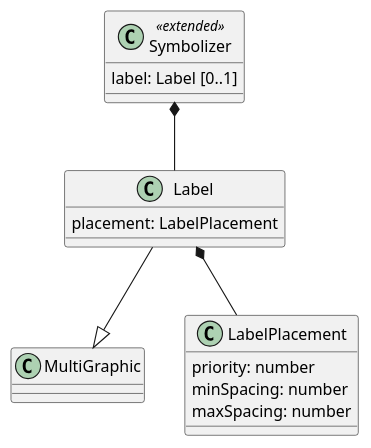
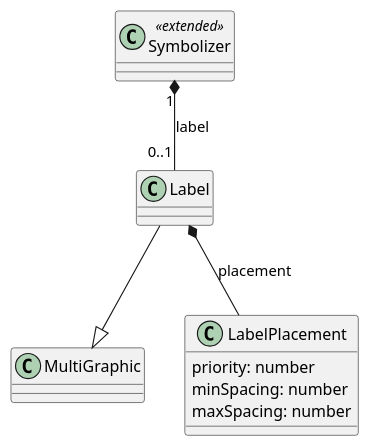
The first of 2 diagrams in 1-core/sections/clause_10_labeling.adoc (opengeospatial/cartographic-symbology), drawn with PlantUML before and after one commit. The commit also changed other lines of this file and 2 other files, not shown here.

Commit message:
Vector, coverage and labeling UML: show the listed properties as associations only

```diff
--- a/1-core/sections/clause_10_labeling.adoc
+++ b/1-core/sections/clause_10_labeling.adoc
@@ -9,16 +9,14 @@
 [plantuml, target=diagram-classes, format=png]
 ....
 @startuml
 class Symbolizer <<extended>>
-Symbolizer : label: Label [0..1]
-Symbolizer *-- Label
+Symbolizer "1" *-- "0..1" Label : label
 
 Label --|> MultiGraphic
-Label : placement: LabelPlacement
-Label *-- LabelPlacement
+Label *-- LabelPlacement : placement
 
 LabelPlacement : priority: number
 LabelPlacement : minSpacing: number
 LabelPlacement : maxSpacing: number
 @enduml
 ....
```
